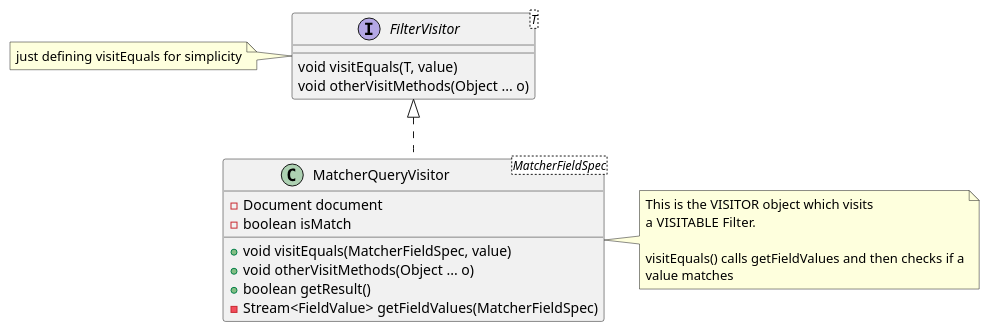
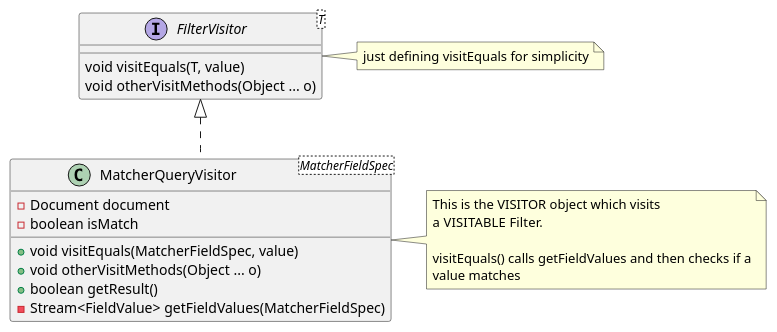
One commit to DavidGerald-Milligan/Diagramming changed the diagram in src/QueryBuilder/Visitor.puml. Above: the diagram before and after it, drawn with PlantUML. The commit also changed 6 other files, not shown here.

```diff
--- a/src/QueryBuilder/Visitor.puml
+++ b/src/QueryBuilder/Visitor.puml
@@ -1,26 +1,26 @@
 @startuml
 interface FilterVisitor<T> {
     void visitEquals(T, value)
     void otherVisitMethods(Object ... o)
 }
-note left of FilterVisitor
+note right of FilterVisitor
     just defining visitEquals for simplicity
 end note
 
 class MatcherQueryVisitor<MatcherFieldSpec> implements FilterVisitor {
     - Document document
     - boolean isMatch
     + void visitEquals(MatcherFieldSpec, value)
     + void otherVisitMethods(Object ... o)
     + boolean getResult()    
     - Stream<FieldValue> getFieldValues(MatcherFieldSpec)
 }
 note right of MatcherQueryVisitor
     This is the VISITOR object which visits
     a VISITABLE Filter.
     
     visitEquals() calls getFieldValues and then checks if a
     value matches
 end note
 
 @enduml
```
